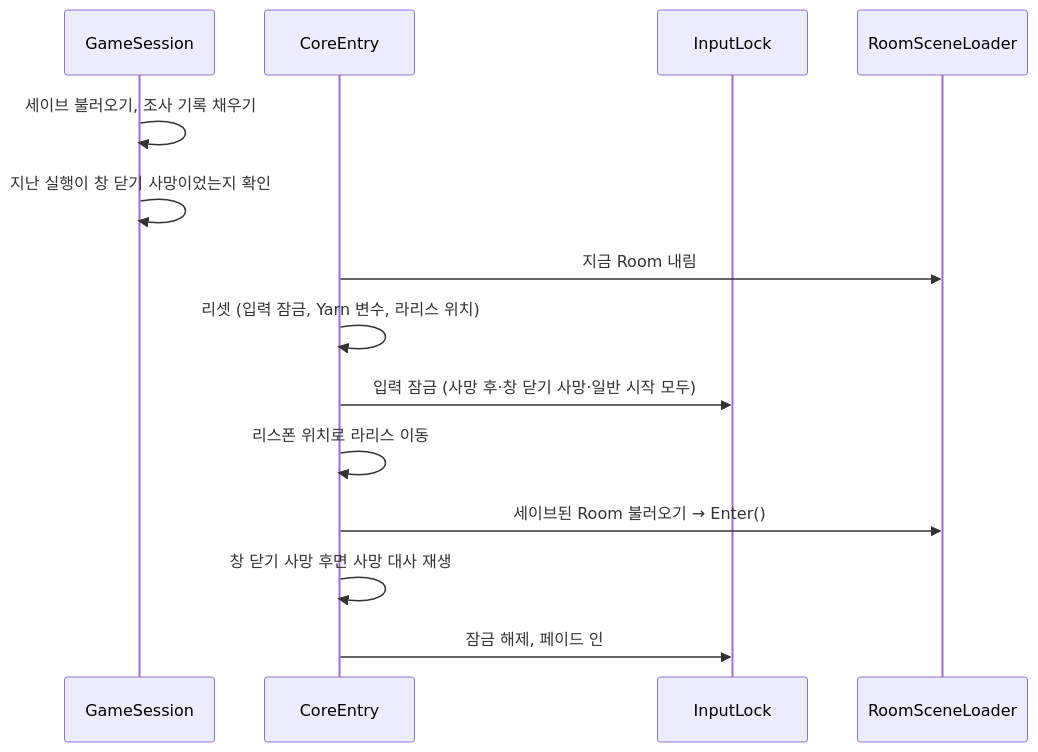
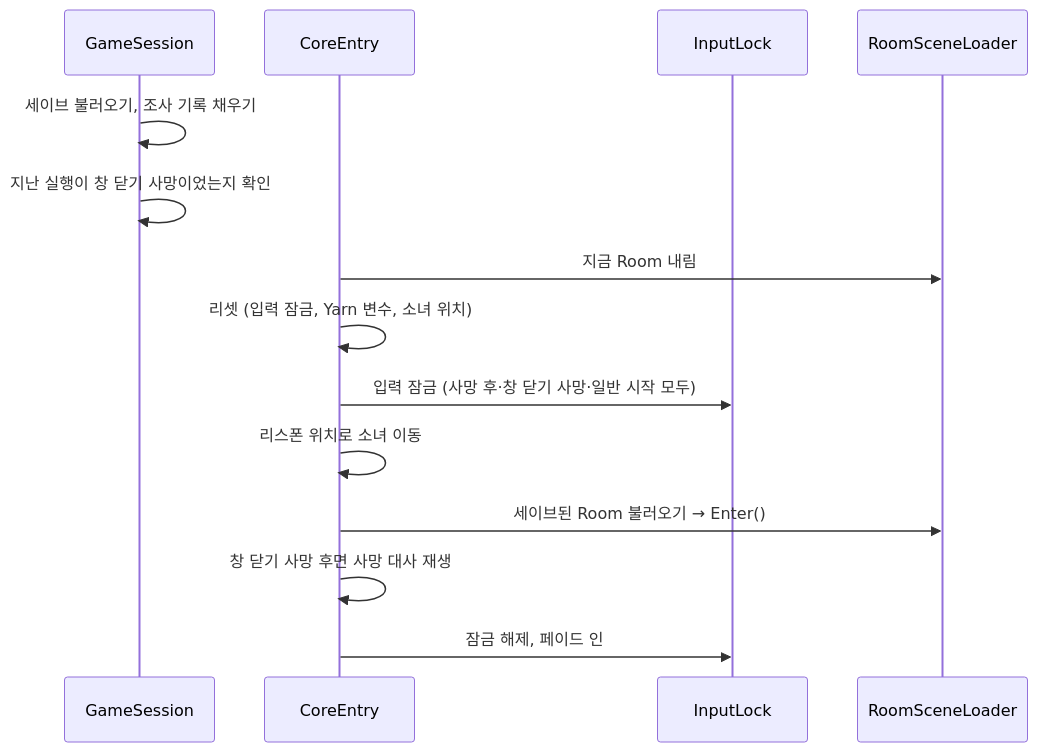
Before and after one commit to GaaamJ/Gaze: the diagram in Docs/기획서/시스템/세션 시스템.md, drawn with Mermaid. The commit also changed other lines of this file and 6 other files, not shown here.

````diff
--- a/Docs/기획서/시스템/세션 시스템.md
+++ b/Docs/기획서/시스템/세션 시스템.md
@@ -32,17 +32,17 @@
 ```mermaid
 sequenceDiagram
     participant G as GameSession
     participant C as CoreEntry
     participant L as InputLock
     participant R as RoomSceneLoader
 
     G->>G: 세이브 불러오기, 조사 기록 채우기
     G->>G: 지난 실행이 창 닫기 사망이었는지 확인
     C->>R: 지금 Room 내림
-    C->>C: 리셋 (입력 잠금, Yarn 변수, 라리스 위치)
+    C->>C: 리셋 (입력 잠금, Yarn 변수, 소녀 위치)
     C->>L: 입력 잠금 (사망 후·창 닫기 사망·일반 시작 모두)
-    C->>C: 리스폰 위치로 라리스 이동
+    C->>C: 리스폰 위치로 소녀 이동
     C->>R: 세이브된 Room 불러오기 → Enter()
     C->>C: 창 닫기 사망 후면 사망 대사 재생
     C->>L: 잠금 해제, 페이드 인
 ```
````
